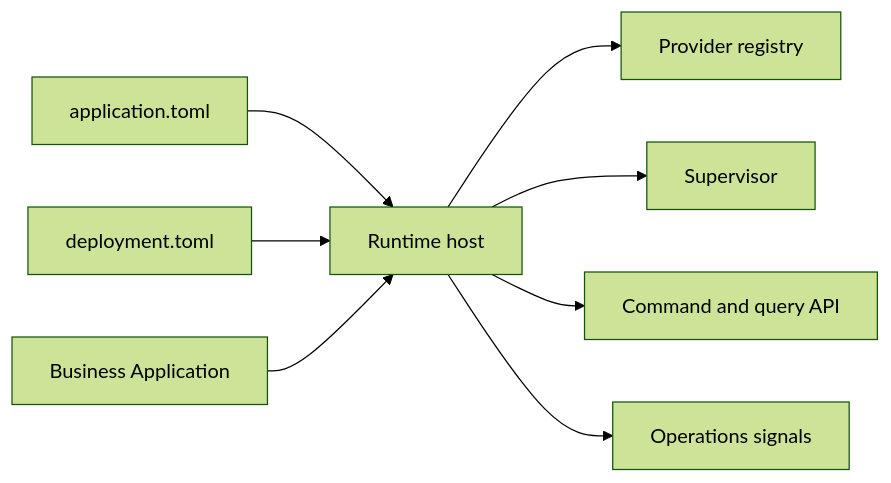
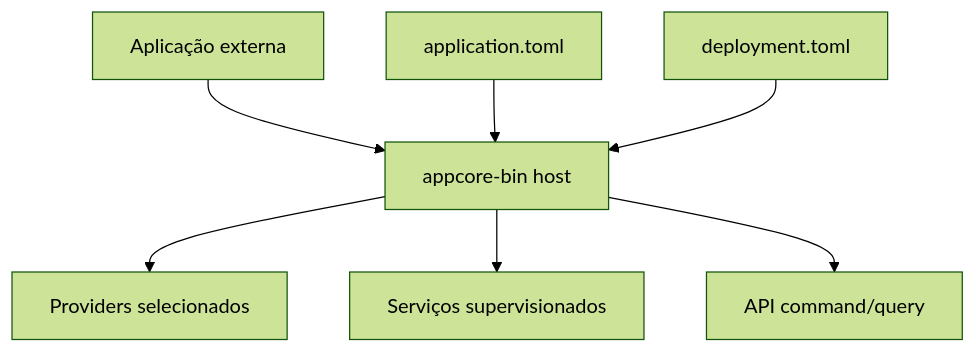
Before and after one commit to dnettoRaw/appcore-wiki: the diagram in docs/pt/introduction/what-is-appcore.md, drawn with Mermaid (forest theme). The commit also changed other lines of this file and 341 other files, not shown here.

````diff
--- a/docs/pt/introduction/what-is-appcore.md
+++ b/docs/pt/introduction/what-is-appcore.md
@@ -32,10 +27,9 @@
 ```mermaid
-flowchart LR
-    A[application.toml] --> H[Runtime host]
-    D[deployment.toml] --> H
-    B[Business Application] --> H
-    H --> P[Provider registry]
-    H --> S[Supervisor]
-    H --> API[Command and query API]
-    H --> O[Operations signals]
+flowchart TB
+    App[Aplicação externa] --> Host[appcore-bin host]
+    Manifest[application.toml] --> Host
+    Deployment[deployment.toml] --> Host
+    Host --> Providers[Providers selecionados]
+    Host --> Services[Serviços supervisionados]
+    Host --> API[API command/query]
 ```
````
